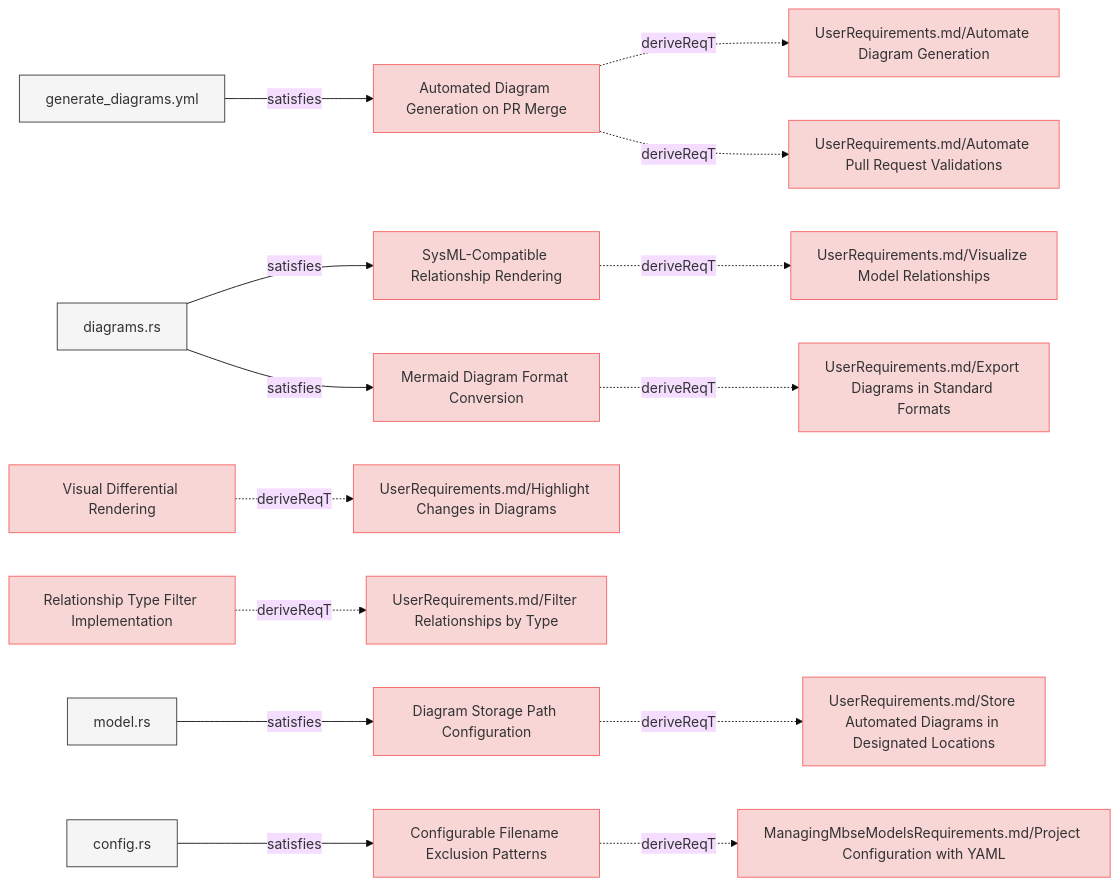
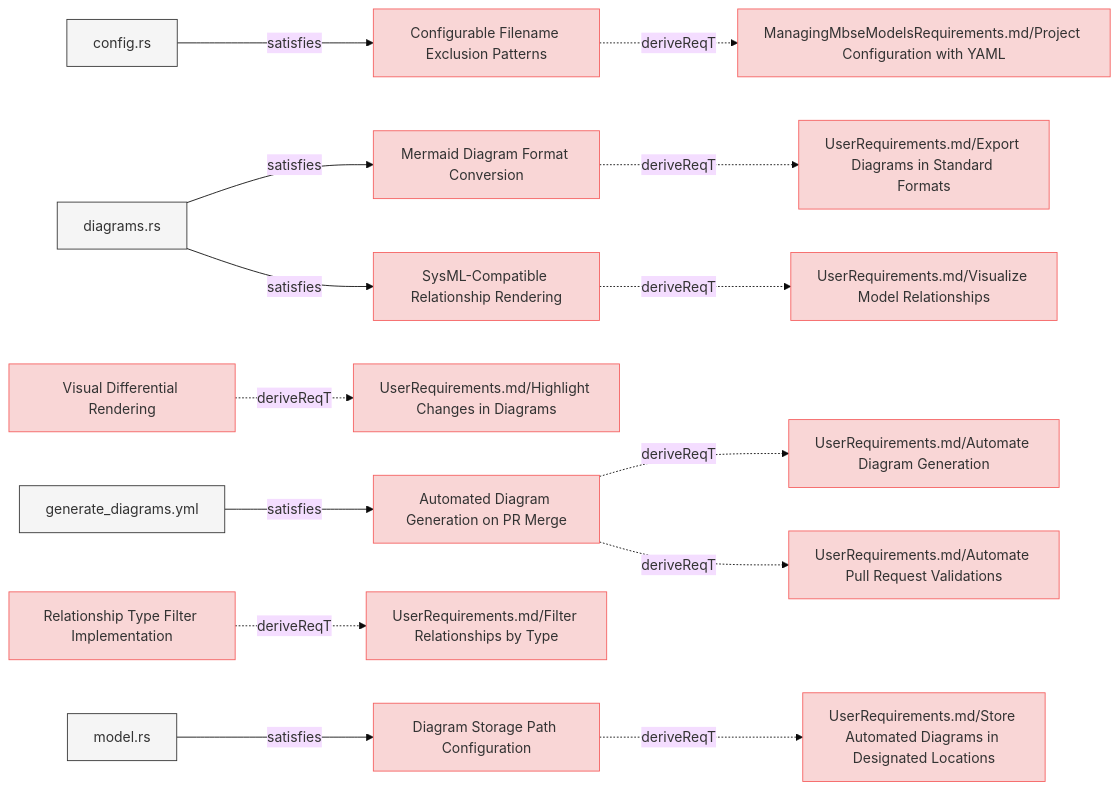
One commit to reqvire-org/reqvire changed the fifth of 8 diagrams in specifications/SystemRequirements/Requirements.md. Above: the diagram before and after it, drawn with Mermaid (base theme). The commit also changed other lines of this file and 22 other files, not shown here.

````diff
--- a/specifications/SystemRequirements/Requirements.md
+++ b/specifications/SystemRequirements/Requirements.md
@@ -489,79 +489,79 @@
 ```mermaid
 graph LR;
   %% Graph styling
   classDef requirement fill:#f9d6d6,stroke:#f55f5f,stroke-width:1px;
   classDef verification fill:#d6f9d6,stroke:#5fd75f,stroke-width:1px;
   classDef externalLink fill:#d0e0ff,stroke:#3080ff,stroke-width:1px;
   classDef default fill:#f5f5f5,stroke:#333333,stroke-width:1px;
 
+  4bf74699f40f4a76["Configurable Filename Exclusion Patterns"];
+  click 4bf74699f40f4a76 "https://github.com/Reqvire/reqvire/blob/ad88ba6b828e94c93382866fefd058c011c1ac60/specifications/SystemRequirements/Requirements.md#configurable-filename-exclusion-patterns";
+  class 4bf74699f40f4a76 requirement;
+  b3ef0fb91572bcf0["ManagingMbseModelsRequirements.md/Project Configuration with YAML"];
+  class b3ef0fb91572bcf0 requirement;
+  click b3ef0fb91572bcf0 "https://github.com/Reqvire/reqvire/blob/ad88ba6b828e94c93382866fefd058c011c1ac60/specifications/ManagingMbseModelsRequirements.md#project-configuration-with-yaml";
+  4bf74699f40f4a76 -.->|deriveReqT| b3ef0fb91572bcf0;
+  d89f4b0d2edaac20["config.rs"];
+  class d89f4b0d2edaac20 default;
+  click d89f4b0d2edaac20 "https://github.com/Reqvire/reqvire/blob/ad88ba6b828e94c93382866fefd058c011c1ac60/cli/src/config.rs";
+  d89f4b0d2edaac20 -->|satisfies| 4bf74699f40f4a76;
+  b8208c9b1d6a312a["Mermaid Diagram Format Conversion"];
+  click b8208c9b1d6a312a "https://github.com/Reqvire/reqvire/blob/ad88ba6b828e94c93382866fefd058c011c1ac60/specifications/SystemRequirements/Requirements.md#mermaid-diagram-format-conversion";
+  class b8208c9b1d6a312a requirement;
+  a0274ca0625d8493["UserRequirements.md/Export Diagrams in Standard Formats"];
+  class a0274ca0625d8493 requirement;
+  click a0274ca0625d8493 "https://github.com/Reqvire/reqvire/blob/ad88ba6b828e94c93382866fefd058c011c1ac60/specifications/UserRequirements.md#export-diagrams-in-standard-formats";
+  b8208c9b1d6a312a -.->|deriveReqT| a0274ca0625d8493;
+  95f7dce6aff47396["diagrams.rs"];
+  class 95f7dce6aff47396 default;
+  click 95f7dce6aff47396 "https://github.com/Reqvire/reqvire/blob/ad88ba6b828e94c93382866fefd058c011c1ac60/core/src/diagrams.rs";
+  95f7dce6aff47396 -->|satisfies| b8208c9b1d6a312a;
   793154acc336992c["Automated Diagram Generation on PR Merge"];
-  click 793154acc336992c "https://github.com/Reqvire/reqvire/blob/667635d4628fed400323f7df3689af2dbc2ad666/specifications/SystemRequirements/Requirements.md#automated-diagram-generation-on-pr-merge";
+  click 793154acc336992c "https://github.com/Reqvire/reqvire/blob/ad88ba6b828e94c93382866fefd058c011c1ac60/specifications/SystemRequirements/Requirements.md#automated-diagram-generation-on-pr-merge";
   class 793154acc336992c requirement;
   c522cf4c404bdc24["UserRequirements.md/Automate Diagram Generation"];
   class c522cf4c404bdc24 requirement;
-  click c522cf4c404bdc24 "https://github.com/Reqvire/reqvire/blob/667635d4628fed400323f7df3689af2dbc2ad666/specifications/UserRequirements.md#automate-diagram-generation";
+  click c522cf4c404bdc24 "https://github.com/Reqvire/reqvire/blob/ad88ba6b828e94c93382866fefd058c011c1ac60/specifications/UserRequirements.md#automate-diagram-generation";
   793154acc336992c -.->|deriveReqT| c522cf4c404bdc24;
   b41f362e18fb2449["UserRequirements.md/Automate Pull Request Validations"];
   class b41f362e18fb2449 requirement;
-  click b41f362e18fb2449 "https://github.com/Reqvire/reqvire/blob/667635d4628fed400323f7df3689af2dbc2ad666/specifications/UserRequirements.md#automate-pull-request-validations";
+  click b41f362e18fb2449 "https://github.com/Reqvire/reqvire/blob/ad88ba6b828e94c93382866fefd058c011c1ac60/specifications/UserRequirements.md#automate-pull-request-validations";
   793154acc336992c -.->|deriveReqT| b41f362e18fb2449;
   fdd29f919065644d["generate_diagrams.yml"];
   class fdd29f919065644d default;
-  click fdd29f919065644d "https://github.com/Reqvire/reqvire/blob/667635d4628fed400323f7df3689af2dbc2ad666/.github/workflows/generate_diagrams.yml";
+  click fdd29f919065644d "https://github.com/Reqvire/reqvire/blob/ad88ba6b828e94c93382866fefd058c011c1ac60/.github/workflows/generate_diagrams.yml";
   fdd29f919065644d -->|satisfies| 793154acc336992c;
+  d812c13722abb71d["Visual Differential Rendering"];
+  click d812c13722abb71d "https://github.com/Reqvire/reqvire/blob/ad88ba6b828e94c93382866fefd058c011c1ac60/specifications/SystemRequirements/Requirements.md#visual-differential-rendering";
+  class d812c13722abb71d requirement;
+  ac914f743d73674e["UserRequirements.md/Highlight Changes in Diagrams"];
+  class ac914f743d73674e requirement;
+  click ac914f743d73674e "https://github.com/Reqvire/reqvire/blob/ad88ba6b828e94c93382866fefd058c011c1ac60/specifications/UserRequirements.md#highlight-changes-in-diagrams";
+  d812c13722abb71d -.->|deriveReqT| ac914f743d73674e;
+  cb1ad39c7552a3cd["Diagram Storage Path Configuration"];
+  click cb1ad39c7552a3cd "https://github.com/Reqvire/reqvire/blob/ad88ba6b828e94c93382866fefd058c011c1ac60/specifications/SystemRequirements/Requirements.md#diagram-storage-path-configuration";
+  class cb1ad39c7552a3cd requirement;
+  89097c1311055b72["UserRequirements.md/Store Automated Diagrams in Designated Locations"];
+  class 89097c1311055b72 requirement;
+  click 89097c1311055b72 "https://github.com/Reqvire/reqvire/blob/ad88ba6b828e94c93382866fefd058c011c1ac60/specifications/UserRequirements.md#store-automated-diagrams-in-designated-locations";
+  cb1ad39c7552a3cd -.->|deriveReqT| 89097c1311055b72;
+  36fd2b1e82621caf["model.rs"];
+  class 36fd2b1e82621caf default;
+  click 36fd2b1e82621caf "https://github.com/Reqvire/reqvire/blob/ad88ba6b828e94c93382866fefd058c011c1ac60/core/src/model.rs";
+  36fd2b1e82621caf -->|satisfies| cb1ad39c7552a3cd;
+  bd72564894314bf6["Relationship Type Filter Implementation"];
+  click bd72564894314bf6 "https://github.com/Reqvire/reqvire/blob/ad88ba6b828e94c93382866fefd058c011c1ac60/specifications/SystemRequirements/Requirements.md#relationship-type-filter-implementation";
+  class bd72564894314bf6 requirement;
+  66e9d8186acafd13["UserRequirements.md/Filter Relationships by Type"];
+  class 66e9d8186acafd13 requirement;
+  click 66e9d8186acafd13 "https://github.com/Reqvire/reqvire/blob/ad88ba6b828e94c93382866fefd058c011c1ac60/specifications/UserRequirements.md#filter-relationships-by-type";
+  bd72564894314bf6 -.->|deriveReqT| 66e9d8186acafd13;
   5071808e4276f33a["SysML-Compatible Relationship Rendering"];
-  click 5071808e4276f33a "https://github.com/Reqvire/reqvire/blob/667635d4628fed400323f7df3689af2dbc2ad666/specifications/SystemRequirements/Requirements.md#sysml-compatible-relationship-rendering";
+  click 5071808e4276f33a "https://github.com/Reqvire/reqvire/blob/ad88ba6b828e94c93382866fefd058c011c1ac60/specifications/SystemRequirements/Requirements.md#sysml-compatible-relationship-rendering";
   class 5071808e4276f33a requirement;
   eed0b020b6ddeae1["UserRequirements.md/Visualize Model Relationships"];
   class eed0b020b6ddeae1 requirement;
-  click eed0b020b6ddeae1 "https://github.com/Reqvire/reqvire/blob/667635d4628fed400323f7df3689af2dbc2ad666/specifications/UserRequirements.md#visualize-model-relationships";
+  click eed0b020b6ddeae1 "https://github.com/Reqvire/reqvire/blob/ad88ba6b828e94c93382866fefd058c011c1ac60/specifications/UserRequirements.md#visualize-model-relationships";
   5071808e4276f33a -.->|deriveReqT| eed0b020b6ddeae1;
-  95f7dce6aff47396["diagrams.rs"];
-  class 95f7dce6aff47396 default;
-  click 95f7dce6aff47396 "https://github.com/Reqvire/reqvire/blob/667635d4628fed400323f7df3689af2dbc2ad666/core/src/diagrams.rs";
   95f7dce6aff47396 -->|satisfies| 5071808e4276f33a;
-  d812c13722abb71d["Visual Differential Rendering"];
-  click d812c13722abb71d "https://github.com/Reqvire/reqvire/blob/667635d4628fed400323f7df3689af2dbc2ad666/specifications/SystemRequirements/Requirements.md#visual-differential-rendering";
-  class d812c13722abb71d requirement;
-  ac914f743d73674e["UserRequirements.md/Highlight Changes in Diagrams"];
-  class ac914f743d73674e requirement;
-  click ac914f743d73674e "https://github.com/Reqvire/reqvire/blob/667635d4628fed400323f7df3689af2dbc2ad666/specifications/UserRequirements.md#highlight-changes-in-diagrams";
-  d812c13722abb71d -.->|deriveReqT| ac914f743d73674e;
-  cb1ad39c7552a3cd["Diagram Storage Path Configuration"];
-  click cb1ad39c7552a3cd "https://github.com/Reqvire/reqvire/blob/667635d4628fed400323f7df3689af2dbc2ad666/specifications/SystemRequirements/Requirements.md#diagram-storage-path-configuration";
-  class cb1ad39c7552a3cd requirement;
-  89097c1311055b72["UserRequirements.md/Store Automated Diagrams in Designated Locations"];
-  class 89097c1311055b72 requirement;
-  click 89097c1311055b72 "https://github.com/Reqvire/reqvire/blob/667635d4628fed400323f7df3689af2dbc2ad666/specifications/UserRequirements.md#store-automated-diagrams-in-designated-locations";
-  cb1ad39c7552a3cd -.->|deriveReqT| 89097c1311055b72;
-  36fd2b1e82621caf["model.rs"];
-  class 36fd2b1e82621caf default;
-  click 36fd2b1e82621caf "https://github.com/Reqvire/reqvire/blob/667635d4628fed400323f7df3689af2dbc2ad666/core/src/model.rs";
-  36fd2b1e82621caf -->|satisfies| cb1ad39c7552a3cd;
-  bd72564894314bf6["Relationship Type Filter Implementation"];
-  click bd72564894314bf6 "https://github.com/Reqvire/reqvire/blob/667635d4628fed400323f7df3689af2dbc2ad666/specifications/SystemRequirements/Requirements.md#relationship-type-filter-implementation";
-  class bd72564894314bf6 requirement;
-  66e9d8186acafd13["UserRequirements.md/Filter Relationships by Type"];
-  class 66e9d8186acafd13 requirement;
-  click 66e9d8186acafd13 "https://github.com/Reqvire/reqvire/blob/667635d4628fed400323f7df3689af2dbc2ad666/specifications/UserRequirements.md#filter-relationships-by-type";
-  bd72564894314bf6 -.->|deriveReqT| 66e9d8186acafd13;
-  b8208c9b1d6a312a["Mermaid Diagram Format Conversion"];
-  click b8208c9b1d6a312a "https://github.com/Reqvire/reqvire/blob/667635d4628fed400323f7df3689af2dbc2ad666/specifications/SystemRequirements/Requirements.md#mermaid-diagram-format-conversion";
-  class b8208c9b1d6a312a requirement;
-  a0274ca0625d8493["UserRequirements.md/Export Diagrams in Standard Formats"];
-  class a0274ca0625d8493 requirement;
-  click a0274ca0625d8493 "https://github.com/Reqvire/reqvire/blob/667635d4628fed400323f7df3689af2dbc2ad666/specifications/UserRequirements.md#export-diagrams-in-standard-formats";
-  b8208c9b1d6a312a -.->|deriveReqT| a0274ca0625d8493;
-  95f7dce6aff47396 -->|satisfies| b8208c9b1d6a312a;
-  4bf74699f40f4a76["Configurable Filename Exclusion Patterns"];
-  click 4bf74699f40f4a76 "https://github.com/Reqvire/reqvire/blob/667635d4628fed400323f7df3689af2dbc2ad666/specifications/SystemRequirements/Requirements.md#configurable-filename-exclusion-patterns";
-  class 4bf74699f40f4a76 requirement;
-  b3ef0fb91572bcf0["ManagingMbseModelsRequirements.md/Project Configuration with YAML"];
-  class b3ef0fb91572bcf0 requirement;
-  click b3ef0fb91572bcf0 "https://github.com/Reqvire/reqvire/blob/667635d4628fed400323f7df3689af2dbc2ad666/specifications/ManagingMbseModelsRequirements.md#project-configuration-with-yaml";
-  4bf74699f40f4a76 -.->|deriveReqT| b3ef0fb91572bcf0;
-  d89f4b0d2edaac20["config.rs"];
-  class d89f4b0d2edaac20 default;
-  click d89f4b0d2edaac20 "https://github.com/Reqvire/reqvire/blob/667635d4628fed400323f7df3689af2dbc2ad666/cli/src/config.rs";
-  d89f4b0d2edaac20 -->|satisfies| 4bf74699f40f4a76;
 ```
````
